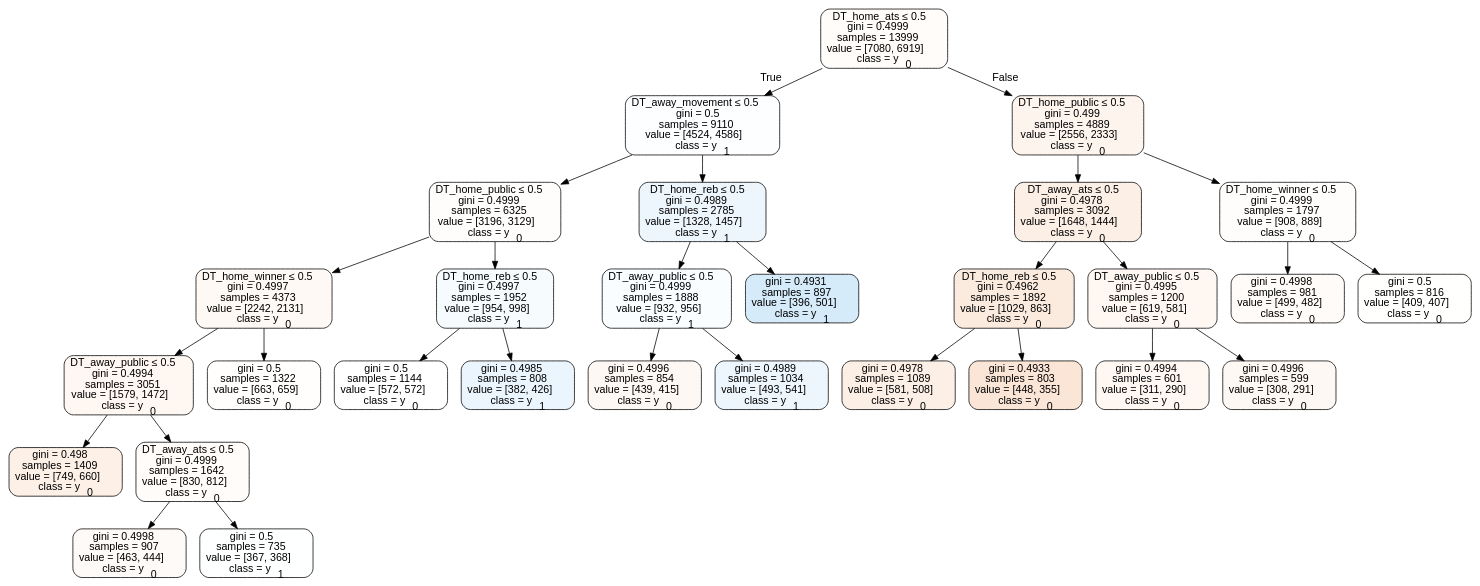
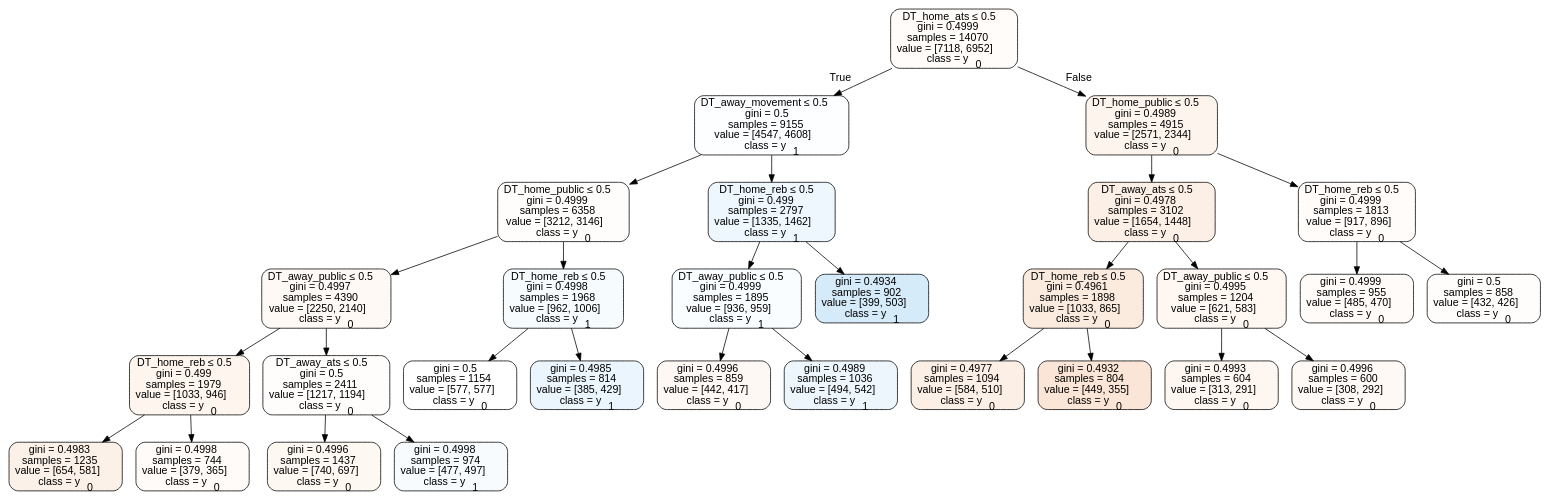
Before and after one commit to usbogie/ncaa-bets: the diagram in tree_data/tree2014home.dot, drawn with Graphviz. The commit also changed 27 other files, not shown here.

```diff
--- a/tree_data/tree2014home.dot
+++ b/tree_data/tree2014home.dot
@@ -1,61 +1,61 @@
 digraph Tree {
 node [shape=box, style="filled, rounded", color="black", fontname=helvetica] ;
 edge [fontname=helvetica] ;
-0 [label=<DT_home_ats &le; 0.5<br/>gini = 0.4999<br/>samples = 13999<br/>value = [7080, 6919]<br/>class = y<SUB>0</SUB>>, fillcolor="#e5813906"] ;
-1 [label=<DT_away_movement &le; 0.5<br/>gini = 0.5<br/>samples = 9110<br/>value = [4524, 4586]<br/>class = y<SUB>1</SUB>>, fillcolor="#399de503"] ;
+0 [label=<DT_home_ats &le; 0.5<br/>gini = 0.4999<br/>samples = 14070<br/>value = [7118, 6952]<br/>class = y<SUB>0</SUB>>, fillcolor="#e5813906"] ;
+1 [label=<DT_away_movement &le; 0.5<br/>gini = 0.5<br/>samples = 9155<br/>value = [4547, 4608]<br/>class = y<SUB>1</SUB>>, fillcolor="#399de503"] ;
 0 -> 1 [labeldistance=2.5, labelangle=45, headlabel="True"] ;
-2 [label=<DT_home_public &le; 0.5<br/>gini = 0.4999<br/>samples = 6325<br/>value = [3196, 3129]<br/>class = y<SUB>0</SUB>>, fillcolor="#e5813905"] ;
+2 [label=<DT_home_public &le; 0.5<br/>gini = 0.4999<br/>samples = 6358<br/>value = [3212, 3146]<br/>class = y<SUB>0</SUB>>, fillcolor="#e5813905"] ;
 1 -> 2 ;
-3 [label=<DT_home_winner &le; 0.5<br/>gini = 0.4997<br/>samples = 4373<br/>value = [2242, 2131]<br/>class = y<SUB>0</SUB>>, fillcolor="#e581390d"] ;
+3 [label=<DT_away_public &le; 0.5<br/>gini = 0.4997<br/>samples = 4390<br/>value = [2250, 2140]<br/>class = y<SUB>0</SUB>>, fillcolor="#e581390c"] ;
 2 -> 3 ;
-4 [label=<DT_away_public &le; 0.5<br/>gini = 0.4994<br/>samples = 3051<br/>value = [1579, 1472]<br/>class = y<SUB>0</SUB>>, fillcolor="#e5813911"] ;
+4 [label=<DT_home_reb &le; 0.5<br/>gini = 0.499<br/>samples = 1979<br/>value = [1033, 946]<br/>class = y<SUB>0</SUB>>, fillcolor="#e5813915"] ;
 3 -> 4 ;
-5 [label=<gini = 0.498<br/>samples = 1409<br/>value = [749, 660]<br/>class = y<SUB>0</SUB>>, fillcolor="#e581391e"] ;
+5 [label=<gini = 0.4983<br/>samples = 1235<br/>value = [654, 581]<br/>class = y<SUB>0</SUB>>, fillcolor="#e581391c"] ;
 4 -> 5 ;
-6 [label=<DT_away_ats &le; 0.5<br/>gini = 0.4999<br/>samples = 1642<br/>value = [830, 812]<br/>class = y<SUB>0</SUB>>, fillcolor="#e5813906"] ;
+6 [label=<gini = 0.4998<br/>samples = 744<br/>value = [379, 365]<br/>class = y<SUB>0</SUB>>, fillcolor="#e5813909"] ;
 4 -> 6 ;
-7 [label=<gini = 0.4998<br/>samples = 907<br/>value = [463, 444]<br/>class = y<SUB>0</SUB>>, fillcolor="#e581390a"] ;
-6 -> 7 ;
-8 [label=<gini = 0.5<br/>samples = 735<br/>value = [367, 368]<br/>class = y<SUB>1</SUB>>, fillcolor="#399de501"] ;
-6 -> 8 ;
-9 [label=<gini = 0.5<br/>samples = 1322<br/>value = [663, 659]<br/>class = y<SUB>0</SUB>>, fillcolor="#e5813902"] ;
-3 -> 9 ;
-10 [label=<DT_home_reb &le; 0.5<br/>gini = 0.4997<br/>samples = 1952<br/>value = [954, 998]<br/>class = y<SUB>1</SUB>>, fillcolor="#399de50b"] ;
+7 [label=<DT_away_ats &le; 0.5<br/>gini = 0.5<br/>samples = 2411<br/>value = [1217, 1194]<br/>class = y<SUB>0</SUB>>, fillcolor="#e5813905"] ;
+3 -> 7 ;
+8 [label=<gini = 0.4996<br/>samples = 1437<br/>value = [740, 697]<br/>class = y<SUB>0</SUB>>, fillcolor="#e581390f"] ;
+7 -> 8 ;
+9 [label=<gini = 0.4998<br/>samples = 974<br/>value = [477, 497]<br/>class = y<SUB>1</SUB>>, fillcolor="#399de50a"] ;
+7 -> 9 ;
+10 [label=<DT_home_reb &le; 0.5<br/>gini = 0.4998<br/>samples = 1968<br/>value = [962, 1006]<br/>class = y<SUB>1</SUB>>, fillcolor="#399de50b"] ;
 2 -> 10 ;
-11 [label=<gini = 0.5<br/>samples = 1144<br/>value = [572, 572]<br/>class = y<SUB>0</SUB>>, fillcolor="#e5813900"] ;
+11 [label=<gini = 0.5<br/>samples = 1154<br/>value = [577, 577]<br/>class = y<SUB>0</SUB>>, fillcolor="#e5813900"] ;
 10 -> 11 ;
-12 [label=<gini = 0.4985<br/>samples = 808<br/>value = [382, 426]<br/>class = y<SUB>1</SUB>>, fillcolor="#399de51a"] ;
+12 [label=<gini = 0.4985<br/>samples = 814<br/>value = [385, 429]<br/>class = y<SUB>1</SUB>>, fillcolor="#399de51a"] ;
 10 -> 12 ;
-13 [label=<DT_home_reb &le; 0.5<br/>gini = 0.4989<br/>samples = 2785<br/>value = [1328, 1457]<br/>class = y<SUB>1</SUB>>, fillcolor="#399de517"] ;
+13 [label=<DT_home_reb &le; 0.5<br/>gini = 0.499<br/>samples = 2797<br/>value = [1335, 1462]<br/>class = y<SUB>1</SUB>>, fillcolor="#399de516"] ;
 1 -> 13 ;
-14 [label=<DT_away_public &le; 0.5<br/>gini = 0.4999<br/>samples = 1888<br/>value = [932, 956]<br/>class = y<SUB>1</SUB>>, fillcolor="#399de506"] ;
+14 [label=<DT_away_public &le; 0.5<br/>gini = 0.4999<br/>samples = 1895<br/>value = [936, 959]<br/>class = y<SUB>1</SUB>>, fillcolor="#399de506"] ;
 13 -> 14 ;
-15 [label=<gini = 0.4996<br/>samples = 854<br/>value = [439, 415]<br/>class = y<SUB>0</SUB>>, fillcolor="#e581390e"] ;
+15 [label=<gini = 0.4996<br/>samples = 859<br/>value = [442, 417]<br/>class = y<SUB>0</SUB>>, fillcolor="#e581390e"] ;
 14 -> 15 ;
-16 [label=<gini = 0.4989<br/>samples = 1034<br/>value = [493, 541]<br/>class = y<SUB>1</SUB>>, fillcolor="#399de517"] ;
+16 [label=<gini = 0.4989<br/>samples = 1036<br/>value = [494, 542]<br/>class = y<SUB>1</SUB>>, fillcolor="#399de517"] ;
 14 -> 16 ;
-17 [label=<gini = 0.4931<br/>samples = 897<br/>value = [396, 501]<br/>class = y<SUB>1</SUB>>, fillcolor="#399de535"] ;
+17 [label=<gini = 0.4934<br/>samples = 902<br/>value = [399, 503]<br/>class = y<SUB>1</SUB>>, fillcolor="#399de535"] ;
 13 -> 17 ;
-18 [label=<DT_home_public &le; 0.5<br/>gini = 0.499<br/>samples = 4889<br/>value = [2556, 2333]<br/>class = y<SUB>0</SUB>>, fillcolor="#e5813916"] ;
+18 [label=<DT_home_public &le; 0.5<br/>gini = 0.4989<br/>samples = 4915<br/>value = [2571, 2344]<br/>class = y<SUB>0</SUB>>, fillcolor="#e5813917"] ;
 0 -> 18 [labeldistance=2.5, labelangle=-45, headlabel="False"] ;
-19 [label=<DT_away_ats &le; 0.5<br/>gini = 0.4978<br/>samples = 3092<br/>value = [1648, 1444]<br/>class = y<SUB>0</SUB>>, fillcolor="#e5813920"] ;
+19 [label=<DT_away_ats &le; 0.5<br/>gini = 0.4978<br/>samples = 3102<br/>value = [1654, 1448]<br/>class = y<SUB>0</SUB>>, fillcolor="#e5813920"] ;
 18 -> 19 ;
-20 [label=<DT_home_reb &le; 0.5<br/>gini = 0.4962<br/>samples = 1892<br/>value = [1029, 863]<br/>class = y<SUB>0</SUB>>, fillcolor="#e5813929"] ;
+20 [label=<DT_home_reb &le; 0.5<br/>gini = 0.4961<br/>samples = 1898<br/>value = [1033, 865]<br/>class = y<SUB>0</SUB>>, fillcolor="#e5813929"] ;
 19 -> 20 ;
-21 [label=<gini = 0.4978<br/>samples = 1089<br/>value = [581, 508]<br/>class = y<SUB>0</SUB>>, fillcolor="#e5813920"] ;
+21 [label=<gini = 0.4977<br/>samples = 1094<br/>value = [584, 510]<br/>class = y<SUB>0</SUB>>, fillcolor="#e5813920"] ;
 20 -> 21 ;
-22 [label=<gini = 0.4933<br/>samples = 803<br/>value = [448, 355]<br/>class = y<SUB>0</SUB>>, fillcolor="#e5813935"] ;
+22 [label=<gini = 0.4932<br/>samples = 804<br/>value = [449, 355]<br/>class = y<SUB>0</SUB>>, fillcolor="#e5813935"] ;
 20 -> 22 ;
-23 [label=<DT_away_public &le; 0.5<br/>gini = 0.4995<br/>samples = 1200<br/>value = [619, 581]<br/>class = y<SUB>0</SUB>>, fillcolor="#e5813910"] ;
+23 [label=<DT_away_public &le; 0.5<br/>gini = 0.4995<br/>samples = 1204<br/>value = [621, 583]<br/>class = y<SUB>0</SUB>>, fillcolor="#e5813910"] ;
 19 -> 23 ;
-24 [label=<gini = 0.4994<br/>samples = 601<br/>value = [311, 290]<br/>class = y<SUB>0</SUB>>, fillcolor="#e5813911"] ;
+24 [label=<gini = 0.4993<br/>samples = 604<br/>value = [313, 291]<br/>class = y<SUB>0</SUB>>, fillcolor="#e5813912"] ;
 23 -> 24 ;
-25 [label=<gini = 0.4996<br/>samples = 599<br/>value = [308, 291]<br/>class = y<SUB>0</SUB>>, fillcolor="#e581390e"] ;
+25 [label=<gini = 0.4996<br/>samples = 600<br/>value = [308, 292]<br/>class = y<SUB>0</SUB>>, fillcolor="#e581390d"] ;
 23 -> 25 ;
-26 [label=<DT_home_winner &le; 0.5<br/>gini = 0.4999<br/>samples = 1797<br/>value = [908, 889]<br/>class = y<SUB>0</SUB>>, fillcolor="#e5813905"] ;
+26 [label=<DT_home_reb &le; 0.5<br/>gini = 0.4999<br/>samples = 1813<br/>value = [917, 896]<br/>class = y<SUB>0</SUB>>, fillcolor="#e5813906"] ;
 18 -> 26 ;
-27 [label=<gini = 0.4998<br/>samples = 981<br/>value = [499, 482]<br/>class = y<SUB>0</SUB>>, fillcolor="#e5813909"] ;
+27 [label=<gini = 0.4999<br/>samples = 955<br/>value = [485, 470]<br/>class = y<SUB>0</SUB>>, fillcolor="#e5813908"] ;
 26 -> 27 ;
-28 [label=<gini = 0.5<br/>samples = 816<br/>value = [409, 407]<br/>class = y<SUB>0</SUB>>, fillcolor="#e5813901"] ;
+28 [label=<gini = 0.5<br/>samples = 858<br/>value = [432, 426]<br/>class = y<SUB>0</SUB>>, fillcolor="#e5813904"] ;
 26 -> 28 ;
 }
```
